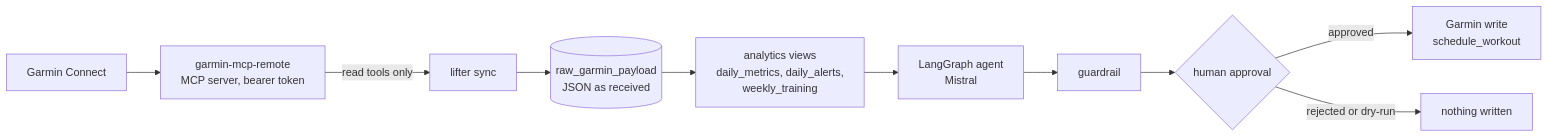
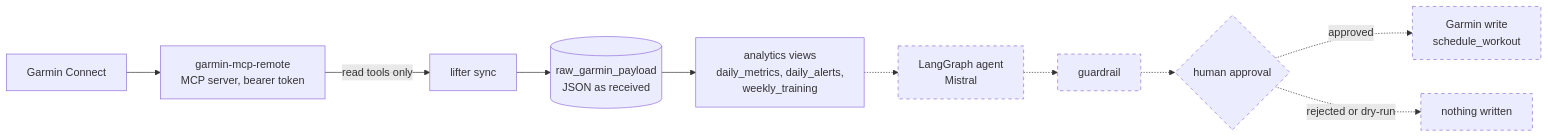
The first of 2 diagrams in README.md (gabrielkpo/lifter), drawn with Mermaid before and after one commit. The commit also changed other lines of this file and 3 other files, not shown here.

First line of the commit message:
docs: mark planned parts of the diagram, reproducible example, review fixes

````diff
--- a/README.md
+++ b/README.md
@@ -24,12 +24,14 @@
 ```mermaid
 flowchart LR
     G["Garmin Connect"] --> M["garmin-mcp-remote<br/>MCP server, bearer token"]
     M -->|read tools only| S["lifter sync"]
     S --> R[("raw_garmin_payload<br/>JSON as received")]
     R --> V["analytics views<br/>daily_metrics, daily_alerts,<br/>weekly_training"]
-    V --> A["LangGraph agent<br/>Mistral"]
-    A --> GR["guardrail"]
-    GR --> H{"human approval"}
-    H -->|approved| W["Garmin write<br/>schedule_workout"]
-    H -->|rejected or dry-run| N["nothing written"]
+    V -.-> A["LangGraph agent<br/>Mistral"]
+    A -.-> GR["guardrail"]
+    GR -.-> H{"human approval"}
+    H -.->|approved| W["Garmin write<br/>schedule_workout"]
+    H -.->|rejected or dry-run| N["nothing written"]
+    classDef planned stroke-dasharray: 5 5
+    class A,GR,H,W,N planned
 ```
````
